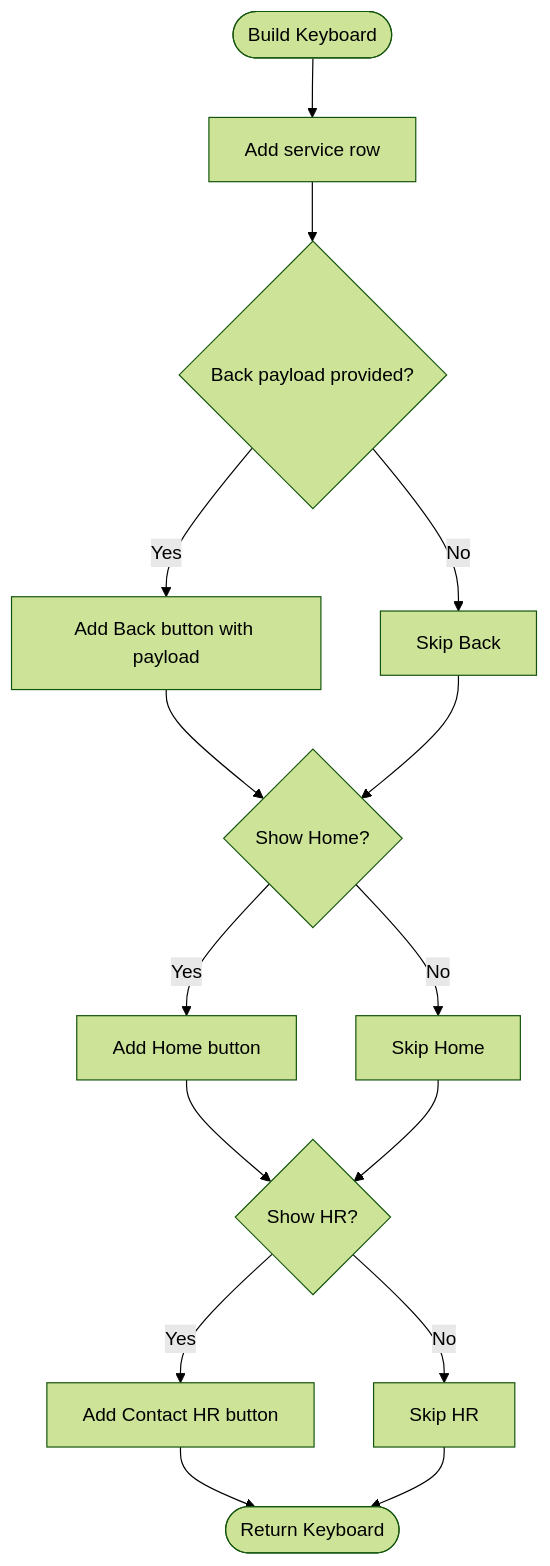
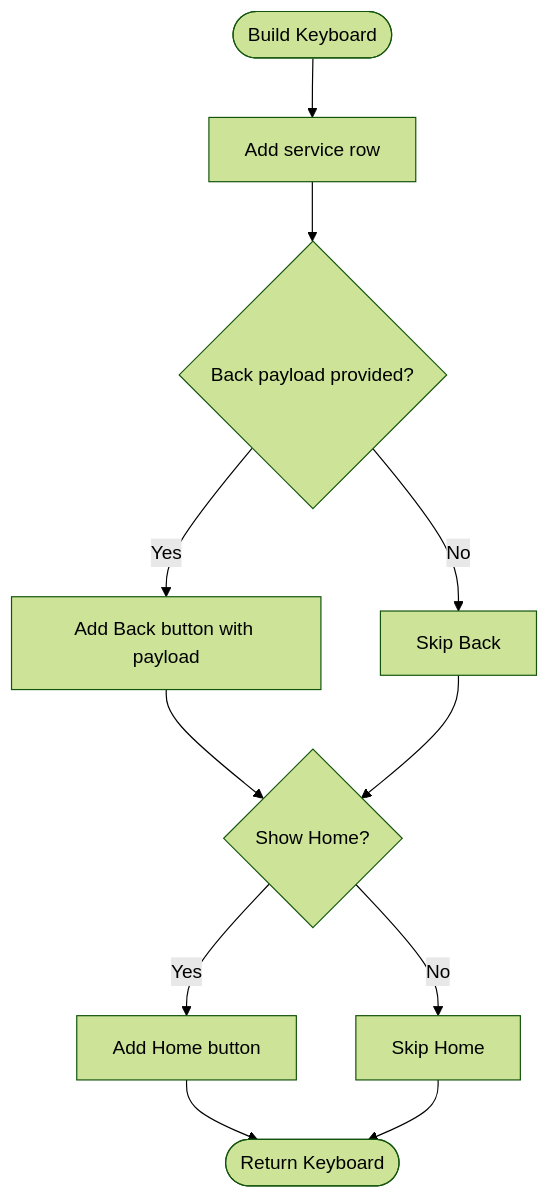
Before and after one commit to ognelis/cafetera_hr_bot: the fourth of 11 diagrams in .qoder/repowiki/en/content/Keyboard System.md, drawn with Mermaid (forest theme). The commit also changed other lines of this file and 16 other files, not shown here.

````diff
--- a/.qoder/repowiki/en/content/Keyboard System.md
+++ b/.qoder/repowiki/en/content/Keyboard System.md
@@ -215,17 +193,13 @@
 ```mermaid
 flowchart TD
 Start(["Build Keyboard"]) --> AddRow["Add service row"]
 AddRow --> BackCheck{"Back payload provided?"}
 BackCheck --> |Yes| AddBack["Add Back button with payload"]
 BackCheck --> |No| SkipBack["Skip Back"]
 AddBack --> HomeCheck{"Show Home?"}
 SkipBack --> HomeCheck
 HomeCheck --> |Yes| AddHome["Add Home button"]
 HomeCheck --> |No| SkipHome["Skip Home"]
-AddHome --> HRCheck{"Show HR?"}
-SkipHome --> HRCheck
-HRCheck --> |Yes| AddHR["Add Contact HR button"]
-HRCheck --> |No| SkipHR["Skip HR"]
-AddHR --> End(["Return Keyboard"])
-SkipHR --> End
+AddHome --> End(["Return Keyboard"])
+SkipHome --> End
 ```
````
